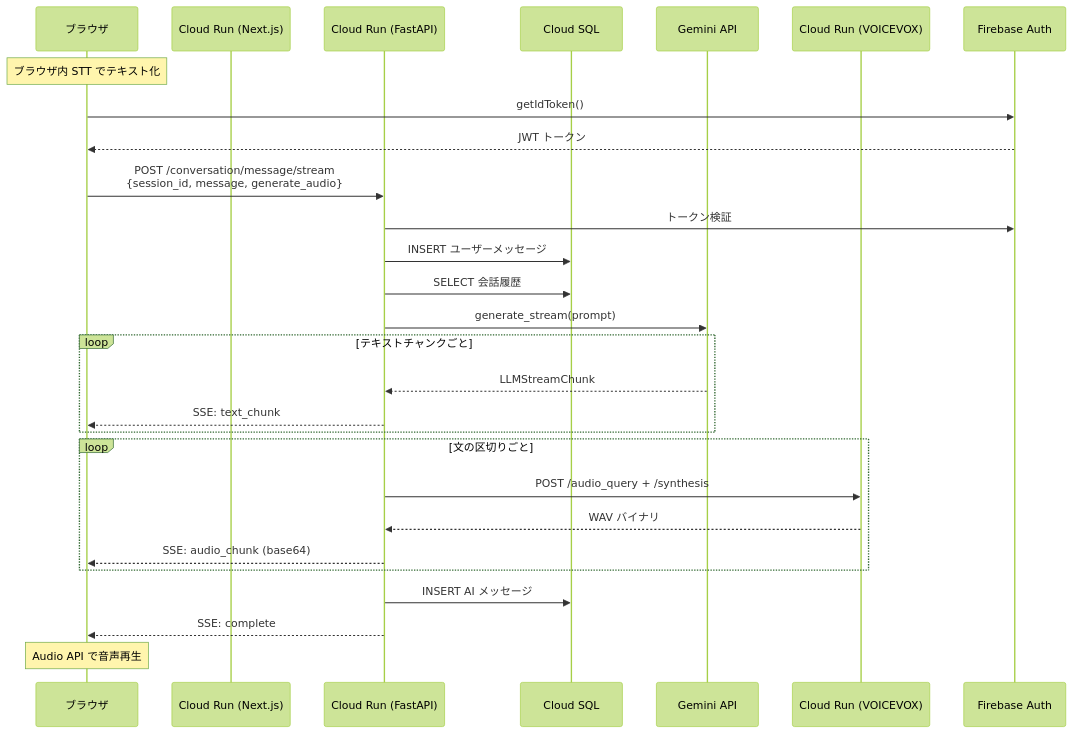
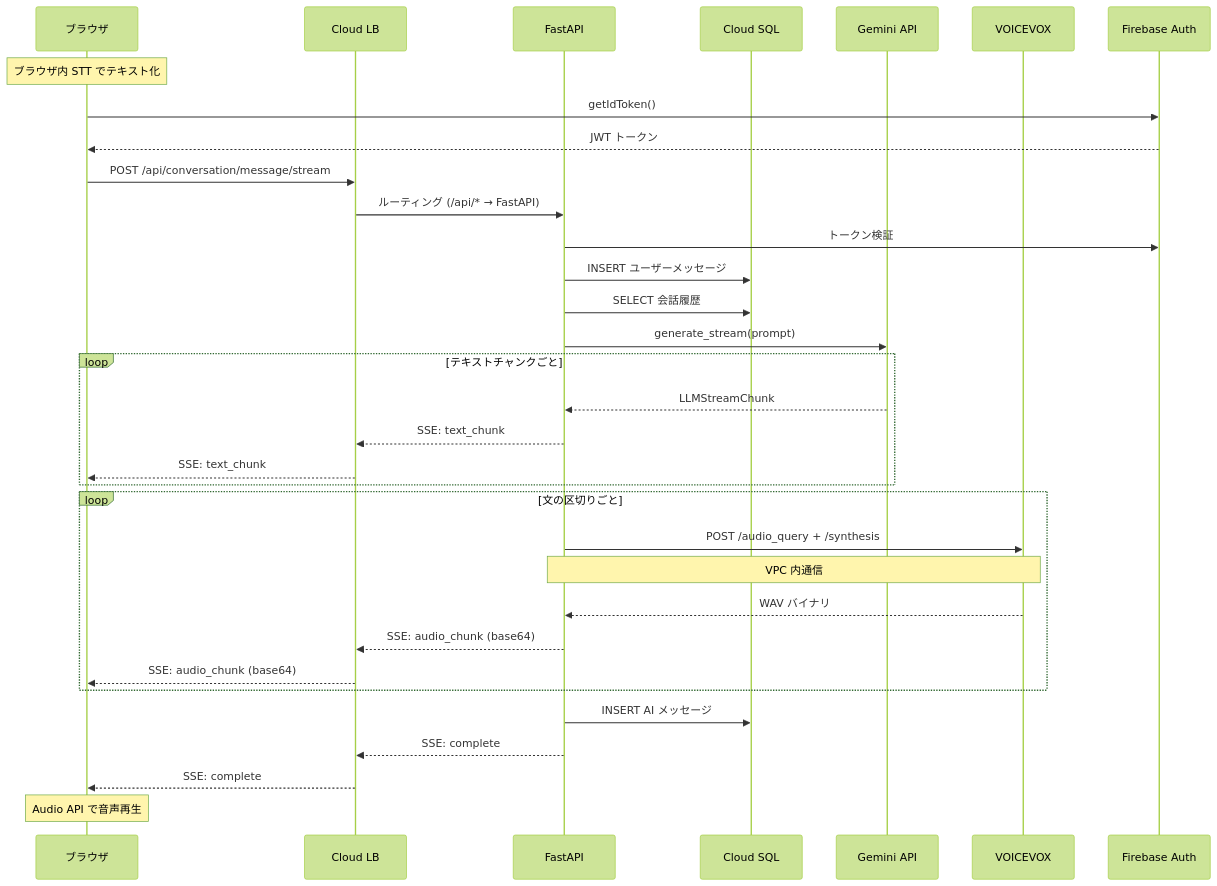
Before and after one commit to yudai3141/AudienceRoom: the second of 2 diagrams in docs/cloud/phase1_initial.md, drawn with Mermaid (forest theme). The commit also changed other lines of this file and 1 other file, not shown here.

First line of the commit message:
docs: add Cloud Load Balancing, VPC, Artifact Registry to architecture diagrams

````diff
--- a/docs/cloud/phase1_initial.md
+++ b/docs/cloud/phase1_initial.md
@@ -53,37 +73,42 @@
 ```mermaid
 sequenceDiagram
     participant B as ブラウザ
-    participant FE as Cloud Run (Next.js)
-    participant BE as Cloud Run (FastAPI)
+    participant LB as Cloud LB
+    participant BE as FastAPI
     participant DB as Cloud SQL
     participant LLM as Gemini API
-    participant VV as Cloud Run (VOICEVOX)
+    participant VV as VOICEVOX
     participant FA as Firebase Auth
 
     Note over B: ブラウザ内 STT でテキスト化
 
     B->>FA: getIdToken()
     FA-->>B: JWT トークン
 
-    B->>BE: POST /conversation/message/stream<br/>{session_id, message, generate_audio}
+    B->>LB: POST /api/conversation/message/stream
+    LB->>BE: ルーティング (/api/* → FastAPI)
     BE->>FA: トークン検証
     BE->>DB: INSERT ユーザーメッセージ
     BE->>DB: SELECT 会話履歴
 
     BE->>LLM: generate_stream(prompt)
     loop テキストチャンクごと
         LLM-->>BE: LLMStreamChunk
-        BE-->>B: SSE: text_chunk
+        BE-->>LB: SSE: text_chunk
+        LB-->>B: SSE: text_chunk
     end
 
     loop 文の区切りごと
         BE->>VV: POST /audio_query + /synthesis
+        Note over BE,VV: VPC 内通信
         VV-->>BE: WAV バイナリ
-        BE-->>B: SSE: audio_chunk (base64)
+        BE-->>LB: SSE: audio_chunk (base64)
+        LB-->>B: SSE: audio_chunk (base64)
     end
 
     BE->>DB: INSERT AI メッセージ
-    BE-->>B: SSE: complete
+    BE-->>LB: SSE: complete
+    LB-->>B: SSE: complete
 
     Note over B: Audio API で音声再生
 ```
````
